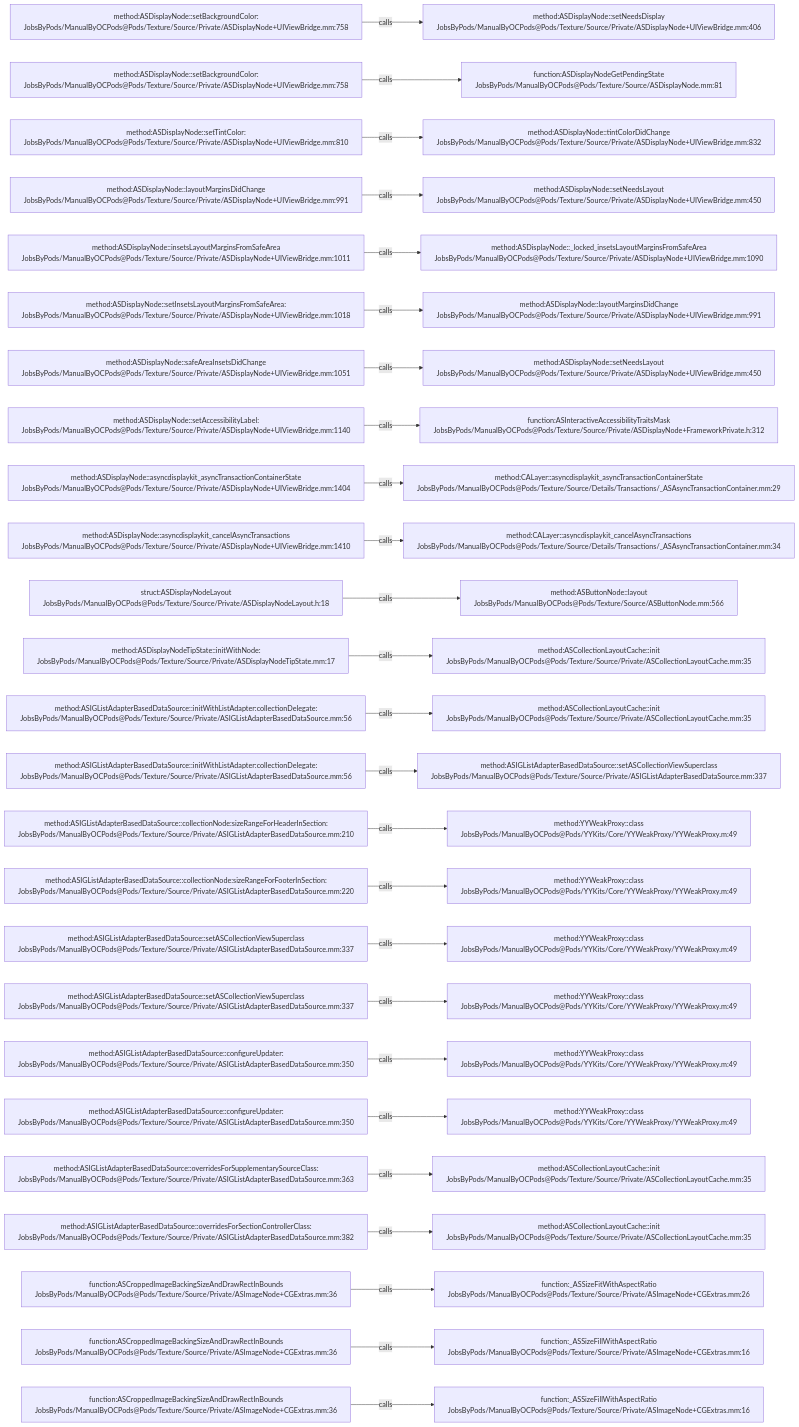
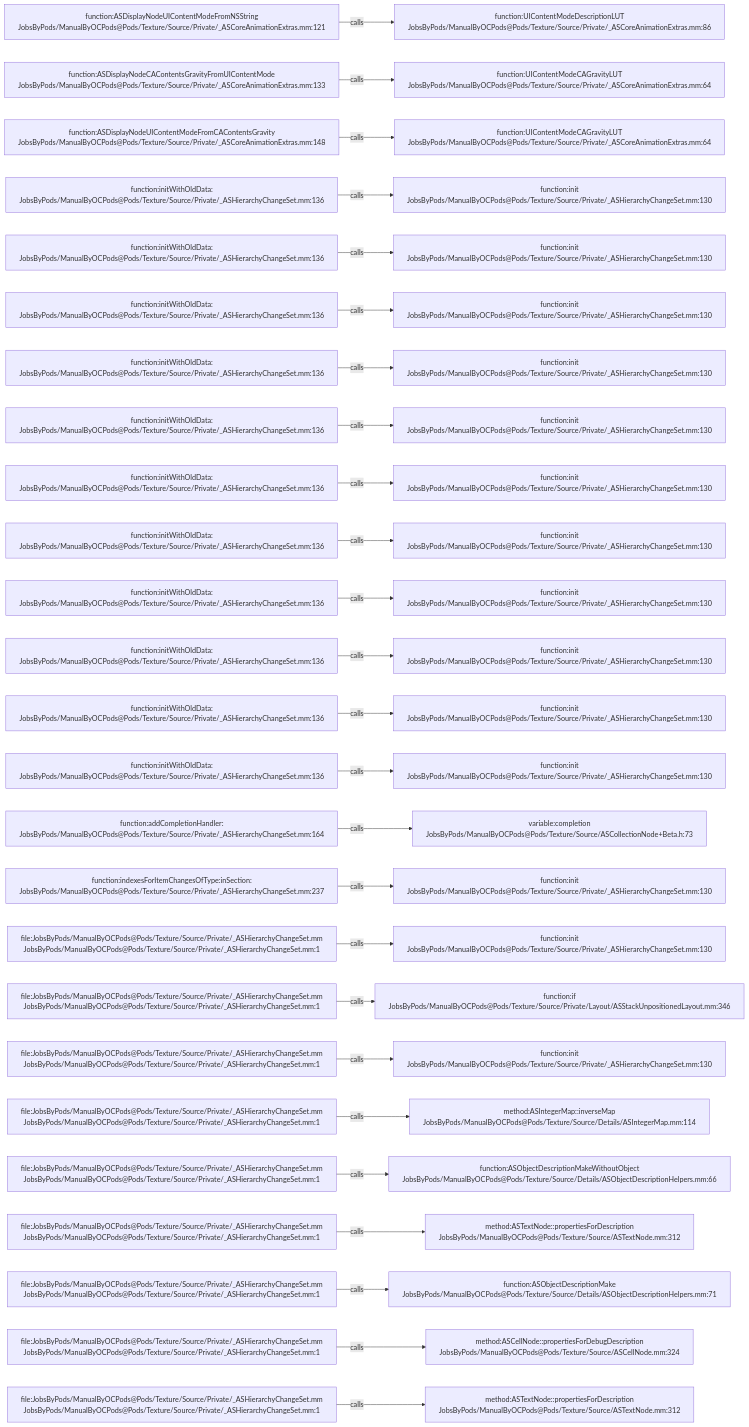
One commit to JobsKits/JobsOCBaseConfigDemo changed the diagram in .codegraph/codegraph.md/graphs/calls-181.md. Above: the diagram before and after it, drawn with Mermaid. The commit also changed 2723 other files, not shown here.

````diff
--- a/.codegraph/codegraph.md/graphs/calls-181.md
+++ b/.codegraph/codegraph.md/graphs/calls-181.md
@@ -13,78 +13,78 @@
 ```mermaid
 flowchart LR
-  S1["method:ASDisplayNode::setBackgroundColor:<br/>JobsByPods/ManualByOCPods@Pods/Texture/Source/Private/ASDisplayNode+UIViewBridge.mm:758"]
-  T1["method:ASDisplayNode::setNeedsDisplay<br/>JobsByPods/ManualByOCPods@Pods/Texture/Source/Private/ASDisplayNode+UIViewBridge.mm:406"]
+  S1["function:ASDisplayNodeUIContentModeFromNSString<br/>JobsByPods/ManualByOCPods@Pods/Texture/Source/Private/_ASCoreAnimationExtras.mm:121"]
+  T1["function:UIContentModeDescriptionLUT<br/>JobsByPods/ManualByOCPods@Pods/Texture/Source/Private/_ASCoreAnimationExtras.mm:86"]
   S1 -->|calls| T1
-  S2["method:ASDisplayNode::setBackgroundColor:<br/>JobsByPods/ManualByOCPods@Pods/Texture/Source/Private/ASDisplayNode+UIViewBridge.mm:758"]
-  T2["function:ASDisplayNodeGetPendingState<br/>JobsByPods/ManualByOCPods@Pods/Texture/Source/ASDisplayNode.mm:81"]
+  S2["function:ASDisplayNodeCAContentsGravityFromUIContentMode<br/>JobsByPods/ManualByOCPods@Pods/Texture/Source/Private/_ASCoreAnimationExtras.mm:133"]
+  T2["function:UIContentModeCAGravityLUT<br/>JobsByPods/ManualByOCPods@Pods/Texture/Source/Private/_ASCoreAnimationExtras.mm:64"]
   S2 -->|calls| T2
-  S3["method:ASDisplayNode::setTintColor:<br/>JobsByPods/ManualByOCPods@Pods/Texture/Source/Private/ASDisplayNode+UIViewBridge.mm:810"]
-  T3["method:ASDisplayNode::tintColorDidChange<br/>JobsByPods/ManualByOCPods@Pods/Texture/Source/Private/ASDisplayNode+UIViewBridge.mm:832"]
+  S3["function:ASDisplayNodeUIContentModeFromCAContentsGravity<br/>JobsByPods/ManualByOCPods@Pods/Texture/Source/Private/_ASCoreAnimationExtras.mm:148"]
+  T3["function:UIContentModeCAGravityLUT<br/>JobsByPods/ManualByOCPods@Pods/Texture/Source/Private/_ASCoreAnimationExtras.mm:64"]
   S3 -->|calls| T3
-  S4["method:ASDisplayNode::layoutMarginsDidChange<br/>JobsByPods/ManualByOCPods@Pods/Texture/Source/Private/ASDisplayNode+UIViewBridge.mm:991"]
-  T4["method:ASDisplayNode::setNeedsLayout<br/>JobsByPods/ManualByOCPods@Pods/Texture/Source/Private/ASDisplayNode+UIViewBridge.mm:450"]
+  S4["function:initWithOldData:<br/>JobsByPods/ManualByOCPods@Pods/Texture/Source/Private/_ASHierarchyChangeSet.mm:136"]
+  T4["function:init<br/>JobsByPods/ManualByOCPods@Pods/Texture/Source/Private/_ASHierarchyChangeSet.mm:130"]
   S4 -->|calls| T4
-  S5["method:ASDisplayNode::insetsLayoutMarginsFromSafeArea<br/>JobsByPods/ManualByOCPods@Pods/Texture/Source/Private/ASDisplayNode+UIViewBridge.mm:1011"]
-  T5["method:ASDisplayNode::_locked_insetsLayoutMarginsFromSafeArea<br/>JobsByPods/ManualByOCPods@Pods/Texture/Source/Private/ASDisplayNode+UIViewBridge.mm:1090"]
+  S5["function:initWithOldData:<br/>JobsByPods/ManualByOCPods@Pods/Texture/Source/Private/_ASHierarchyChangeSet.mm:136"]
+  T5["function:init<br/>JobsByPods/ManualByOCPods@Pods/Texture/Source/Private/_ASHierarchyChangeSet.mm:130"]
   S5 -->|calls| T5
-  S6["method:ASDisplayNode::setInsetsLayoutMarginsFromSafeArea:<br/>JobsByPods/ManualByOCPods@Pods/Texture/Source/Private/ASDisplayNode+UIViewBridge.mm:1018"]
-  T6["method:ASDisplayNode::layoutMarginsDidChange<br/>JobsByPods/ManualByOCPods@Pods/Texture/Source/Private/ASDisplayNode+UIViewBridge.mm:991"]
+  S6["function:initWithOldData:<br/>JobsByPods/ManualByOCPods@Pods/Texture/Source/Private/_ASHierarchyChangeSet.mm:136"]
+  T6["function:init<br/>JobsByPods/ManualByOCPods@Pods/Texture/Source/Private/_ASHierarchyChangeSet.mm:130"]
   S6 -->|calls| T6
-  S7["method:ASDisplayNode::safeAreaInsetsDidChange<br/>JobsByPods/ManualByOCPods@Pods/Texture/Source/Private/ASDisplayNode+UIViewBridge.mm:1051"]
-  T7["method:ASDisplayNode::setNeedsLayout<br/>JobsByPods/ManualByOCPods@Pods/Texture/Source/Private/ASDisplayNode+UIViewBridge.mm:450"]
+  S7["function:initWithOldData:<br/>JobsByPods/ManualByOCPods@Pods/Texture/Source/Private/_ASHierarchyChangeSet.mm:136"]
+  T7["function:init<br/>JobsByPods/ManualByOCPods@Pods/Texture/Source/Private/_ASHierarchyChangeSet.mm:130"]
   S7 -->|calls| T7
-  S8["method:ASDisplayNode::setAccessibilityLabel:<br/>JobsByPods/ManualByOCPods@Pods/Texture/Source/Private/ASDisplayNode+UIViewBridge.mm:1140"]
-  T8["function:ASInteractiveAccessibilityTraitsMask<br/>JobsByPods/ManualByOCPods@Pods/Texture/Source/Private/ASDisplayNode+FrameworkPrivate.h:312"]
+  S8["function:initWithOldData:<br/>JobsByPods/ManualByOCPods@Pods/Texture/Source/Private/_ASHierarchyChangeSet.mm:136"]
+  T8["function:init<br/>JobsByPods/ManualByOCPods@Pods/Texture/Source/Private/_ASHierarchyChangeSet.mm:130"]
   S8 -->|calls| T8
-  S9["method:ASDisplayNode::asyncdisplaykit_asyncTransactionContainerState<br/>JobsByPods/ManualByOCPods@Pods/Texture/Source/Private/ASDisplayNode+UIViewBridge.mm:1404"]
-  T9["method:CALayer::asyncdisplaykit_asyncTransactionContainerState<br/>JobsByPods/ManualByOCPods@Pods/Texture/Source/Details/Transactions/_ASAsyncTransactionContainer.mm:29"]
+  S9["function:initWithOldData:<br/>JobsByPods/ManualByOCPods@Pods/Texture/Source/Private/_ASHierarchyChangeSet.mm:136"]
+  T9["function:init<br/>JobsByPods/ManualByOCPods@Pods/Texture/Source/Private/_ASHierarchyChangeSet.mm:130"]
   S9 -->|calls| T9
-  S10["method:ASDisplayNode::asyncdisplaykit_cancelAsyncTransactions<br/>JobsByPods/ManualByOCPods@Pods/Texture/Source/Private/ASDisplayNode+UIViewBridge.mm:1410"]
-  T10["method:CALayer::asyncdisplaykit_cancelAsyncTransactions<br/>JobsByPods/ManualByOCPods@Pods/Texture/Source/Details/Transactions/_ASAsyncTransactionContainer.mm:34"]
+  S10["function:initWithOldData:<br/>JobsByPods/ManualByOCPods@Pods/Texture/Source/Private/_ASHierarchyChangeSet.mm:136"]
+  T10["function:init<br/>JobsByPods/ManualByOCPods@Pods/Texture/Source/Private/_ASHierarchyChangeSet.mm:130"]
   S10 -->|calls| T10
-  S11["struct:ASDisplayNodeLayout<br/>JobsByPods/ManualByOCPods@Pods/Texture/Source/Private/ASDisplayNodeLayout.h:18"]
-  T11["method:ASButtonNode::layout<br/>JobsByPods/ManualByOCPods@Pods/Texture/Source/ASButtonNode.mm:566"]
+  S11["function:initWithOldData:<br/>JobsByPods/ManualByOCPods@Pods/Texture/Source/Private/_ASHierarchyChangeSet.mm:136"]
+  T11["function:init<br/>JobsByPods/ManualByOCPods@Pods/Texture/Source/Private/_ASHierarchyChangeSet.mm:130"]
   S11 -->|calls| T11
-  S12["method:ASDisplayNodeTipState::initWithNode:<br/>JobsByPods/ManualByOCPods@Pods/Texture/Source/Private/ASDisplayNodeTipState.mm:17"]
-  T12["method:ASCollectionLayoutCache::init<br/>JobsByPods/ManualByOCPods@Pods/Texture/Source/Private/ASCollectionLayoutCache.mm:35"]
+  S12["function:initWithOldData:<br/>JobsByPods/ManualByOCPods@Pods/Texture/Source/Private/_ASHierarchyChangeSet.mm:136"]
+  T12["function:init<br/>JobsByPods/ManualByOCPods@Pods/Texture/Source/Private/_ASHierarchyChangeSet.mm:130"]
   S12 -->|calls| T12
-  S13["method:ASIGListAdapterBasedDataSource::initWithListAdapter:collectionDelegate:<br/>JobsByPods/ManualByOCPods@Pods/Texture/Source/Private/ASIGListAdapterBasedDataSource.mm:56"]
-  T13["method:ASCollectionLayoutCache::init<br/>JobsByPods/ManualByOCPods@Pods/Texture/Source/Private/ASCollectionLayoutCache.mm:35"]
+  S13["function:initWithOldData:<br/>JobsByPods/ManualByOCPods@Pods/Texture/Source/Private/_ASHierarchyChangeSet.mm:136"]
+  T13["function:init<br/>JobsByPods/ManualByOCPods@Pods/Texture/Source/Private/_ASHierarchyChangeSet.mm:130"]
   S13 -->|calls| T13
-  S14["method:ASIGListAdapterBasedDataSource::initWithListAdapter:collectionDelegate:<br/>JobsByPods/ManualByOCPods@Pods/Texture/Source/Private/ASIGListAdapterBasedDataSource.mm:56"]
-  T14["method:ASIGListAdapterBasedDataSource::setASCollectionViewSuperclass<br/>JobsByPods/ManualByOCPods@Pods/Texture/Source/Private/ASIGListAdapterBasedDataSource.mm:337"]
+  S14["function:initWithOldData:<br/>JobsByPods/ManualByOCPods@Pods/Texture/Source/Private/_ASHierarchyChangeSet.mm:136"]
+  T14["function:init<br/>JobsByPods/ManualByOCPods@Pods/Texture/Source/Private/_ASHierarchyChangeSet.mm:130"]
   S14 -->|calls| T14
-  S15["method:ASIGListAdapterBasedDataSource::collectionNode:sizeRangeForHeaderInSection:<br/>JobsByPods/ManualByOCPods@Pods/Texture/Source/Private/ASIGListAdapterBasedDataSource.mm:210"]
-  T15["method:YYWeakProxy::class<br/>JobsByPods/ManualByOCPods@Pods/YYKits/Core/YYWeakProxy/YYWeakProxy.m:49"]
+  S15["function:addCompletionHandler:<br/>JobsByPods/ManualByOCPods@Pods/Texture/Source/Private/_ASHierarchyChangeSet.mm:164"]
+  T15["variable:completion<br/>JobsByPods/ManualByOCPods@Pods/Texture/Source/ASCollectionNode+Beta.h:73"]
   S15 -->|calls| T15
-  S16["method:ASIGListAdapterBasedDataSource::collectionNode:sizeRangeForFooterInSection:<br/>JobsByPods/ManualByOCPods@Pods/Texture/Source/Private/ASIGListAdapterBasedDataSource.mm:220"]
-  T16["method:YYWeakProxy::class<br/>JobsByPods/ManualByOCPods@Pods/YYKits/Core/YYWeakProxy/YYWeakProxy.m:49"]
+  S16["function:indexesForItemChangesOfType:inSection:<br/>JobsByPods/ManualByOCPods@Pods/Texture/Source/Private/_ASHierarchyChangeSet.mm:237"]
+  T16["function:init<br/>JobsByPods/ManualByOCPods@Pods/Texture/Source/Private/_ASHierarchyChangeSet.mm:130"]
   S16 -->|calls| T16
-  S17["method:ASIGListAdapterBasedDataSource::setASCollectionViewSuperclass<br/>JobsByPods/ManualByOCPods@Pods/Texture/Source/Private/ASIGListAdapterBasedDataSource.mm:337"]
-  T17["method:YYWeakProxy::class<br/>JobsByPods/ManualByOCPods@Pods/YYKits/Core/YYWeakProxy/YYWeakProxy.m:49"]
+  S17["file:JobsByPods/ManualByOCPods@Pods/Texture/Source/Private/_ASHierarchyChangeSet.mm<br/>JobsByPods/ManualByOCPods@Pods/Texture/Source/Private/_ASHierarchyChangeSet.mm:1"]
+  T17["function:init<br/>JobsByPods/ManualByOCPods@Pods/Texture/Source/Private/_ASHierarchyChangeSet.mm:130"]
   S17 -->|calls| T17
-  S18["method:ASIGListAdapterBasedDataSource::setASCollectionViewSuperclass<br/>JobsByPods/ManualByOCPods@Pods/Texture/Source/Private/ASIGListAdapterBasedDataSource.mm:337"]
-  T18["method:YYWeakProxy::class<br/>JobsByPods/ManualByOCPods@Pods/YYKits/Core/YYWeakProxy/YYWeakProxy.m:49"]
+  S18["file:JobsByPods/ManualByOCPods@Pods/Texture/Source/Private/_ASHierarchyChangeSet.mm<br/>JobsByPods/ManualByOCPods@Pods/Texture/Source/Private/_ASHierarchyChangeSet.mm:1"]
+  T18["function:if<br/>JobsByPods/ManualByOCPods@Pods/Texture/Source/Private/Layout/ASStackUnpositionedLayout.mm:346"]
   S18 -->|calls| T18
-  S19["method:ASIGListAdapterBasedDataSource::configureUpdater:<br/>JobsByPods/ManualByOCPods@Pods/Texture/Source/Private/ASIGListAdapterBasedDataSource.mm:350"]
-  T19["method:YYWeakProxy::class<br/>JobsByPods/ManualByOCPods@Pods/YYKits/Core/YYWeakProxy/YYWeakProxy.m:49"]
+  S19["file:JobsByPods/ManualByOCPods@Pods/Texture/Source/Private/_ASHierarchyChangeSet.mm<br/>JobsByPods/ManualByOCPods@Pods/Texture/Source/Private/_ASHierarchyChangeSet.mm:1"]
+  T19["function:init<br/>JobsByPods/ManualByOCPods@Pods/Texture/Source/Private/_ASHierarchyChangeSet.mm:130"]
   S19 -->|calls| T19
-  S20["method:ASIGListAdapterBasedDataSource::configureUpdater:<br/>JobsByPods/ManualByOCPods@Pods/Texture/Source/Private/ASIGListAdapterBasedDataSource.mm:350"]
-  T20["method:YYWeakProxy::class<br/>JobsByPods/ManualByOCPods@Pods/YYKits/Core/YYWeakProxy/YYWeakProxy.m:49"]
+  S20["file:JobsByPods/ManualByOCPods@Pods/Texture/Source/Private/_ASHierarchyChangeSet.mm<br/>JobsByPods/ManualByOCPods@Pods/Texture/Source/Private/_ASHierarchyChangeSet.mm:1"]
+  T20["method:ASIntegerMap::inverseMap<br/>JobsByPods/ManualByOCPods@Pods/Texture/Source/Details/ASIntegerMap.mm:114"]
   S20 -->|calls| T20
-  S21["method:ASIGListAdapterBasedDataSource::overridesForSupplementarySourceClass:<br/>JobsByPods/ManualByOCPods@Pods/Texture/Source/Private/ASIGListAdapterBasedDataSource.mm:363"]
-  T21["method:ASCollectionLayoutCache::init<br/>JobsByPods/ManualByOCPods@Pods/Texture/Source/Private/ASCollectionLayoutCache.mm:35"]
+  S21["file:JobsByPods/ManualByOCPods@Pods/Texture/Source/Private/_ASHierarchyChangeSet.mm<br/>JobsByPods/ManualByOCPods@Pods/Texture/Source/Private/_ASHierarchyChangeSet.mm:1"]
+  T21["function:ASObjectDescriptionMakeWithoutObject<br/>JobsByPods/ManualByOCPods@Pods/Texture/Source/Details/ASObjectDescriptionHelpers.mm:66"]
   S21 -->|calls| T21
-  S22["method:ASIGListAdapterBasedDataSource::overridesForSectionControllerClass:<br/>JobsByPods/ManualByOCPods@Pods/Texture/Source/Private/ASIGListAdapterBasedDataSource.mm:382"]
-  T22["method:ASCollectionLayoutCache::init<br/>JobsByPods/ManualByOCPods@Pods/Texture/Source/Private/ASCollectionLayoutCache.mm:35"]
+  S22["file:JobsByPods/ManualByOCPods@Pods/Texture/Source/Private/_ASHierarchyChangeSet.mm<br/>JobsByPods/ManualByOCPods@Pods/Texture/Source/Private/_ASHierarchyChangeSet.mm:1"]
+  T22["method:ASTextNode::propertiesForDescription<br/>JobsByPods/ManualByOCPods@Pods/Texture/Source/ASTextNode.mm:312"]
   S22 -->|calls| T22
-  S23["function:ASCroppedImageBackingSizeAndDrawRectInBounds<br/>JobsByPods/ManualByOCPods@Pods/Texture/Source/Private/ASImageNode+CGExtras.mm:36"]
-  T23["function:_ASSizeFitWithAspectRatio<br/>JobsByPods/ManualByOCPods@Pods/Texture/Source/Private/ASImageNode+CGExtras.mm:26"]
+  S23["file:JobsByPods/ManualByOCPods@Pods/Texture/Source/Private/_ASHierarchyChangeSet.mm<br/>JobsByPods/ManualByOCPods@Pods/Texture/Source/Private/_ASHierarchyChangeSet.mm:1"]
+  T23["function:ASObjectDescriptionMake<br/>JobsByPods/ManualByOCPods@Pods/Texture/Source/Details/ASObjectDescriptionHelpers.mm:71"]
   S23 -->|calls| T23
-  S24["function:ASCroppedImageBackingSizeAndDrawRectInBounds<br/>JobsByPods/ManualByOCPods@Pods/Texture/Source/Private/ASImageNode+CGExtras.mm:36"]
-  T24["function:_ASSizeFillWithAspectRatio<br/>JobsByPods/ManualByOCPods@Pods/Texture/Source/Private/ASImageNode+CGExtras.mm:16"]
+  S24["file:JobsByPods/ManualByOCPods@Pods/Texture/Source/Private/_ASHierarchyChangeSet.mm<br/>JobsByPods/ManualByOCPods@Pods/Texture/Source/Private/_ASHierarchyChangeSet.mm:1"]
+  T24["method:ASCellNode::propertiesForDebugDescription<br/>JobsByPods/ManualByOCPods@Pods/Texture/Source/ASCellNode.mm:324"]
   S24 -->|calls| T24
-  S25["function:ASCroppedImageBackingSizeAndDrawRectInBounds<br/>JobsByPods/ManualByOCPods@Pods/Texture/Source/Private/ASImageNode+CGExtras.mm:36"]
-  T25["function:_ASSizeFillWithAspectRatio<br/>JobsByPods/ManualByOCPods@Pods/Texture/Source/Private/ASImageNode+CGExtras.mm:16"]
+  S25["file:JobsByPods/ManualByOCPods@Pods/Texture/Source/Private/_ASHierarchyChangeSet.mm<br/>JobsByPods/ManualByOCPods@Pods/Texture/Source/Private/_ASHierarchyChangeSet.mm:1"]
+  T25["method:ASTextNode::propertiesForDescription<br/>JobsByPods/ManualByOCPods@Pods/Texture/Source/ASTextNode.mm:312"]
   S25 -->|calls| T25
 ```
````
